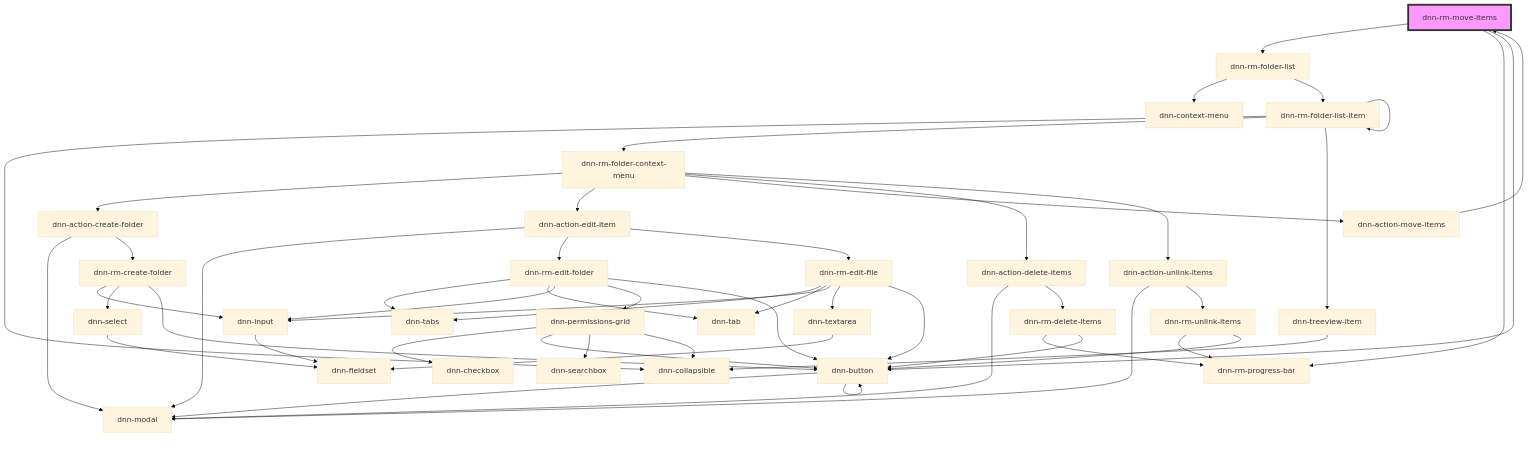
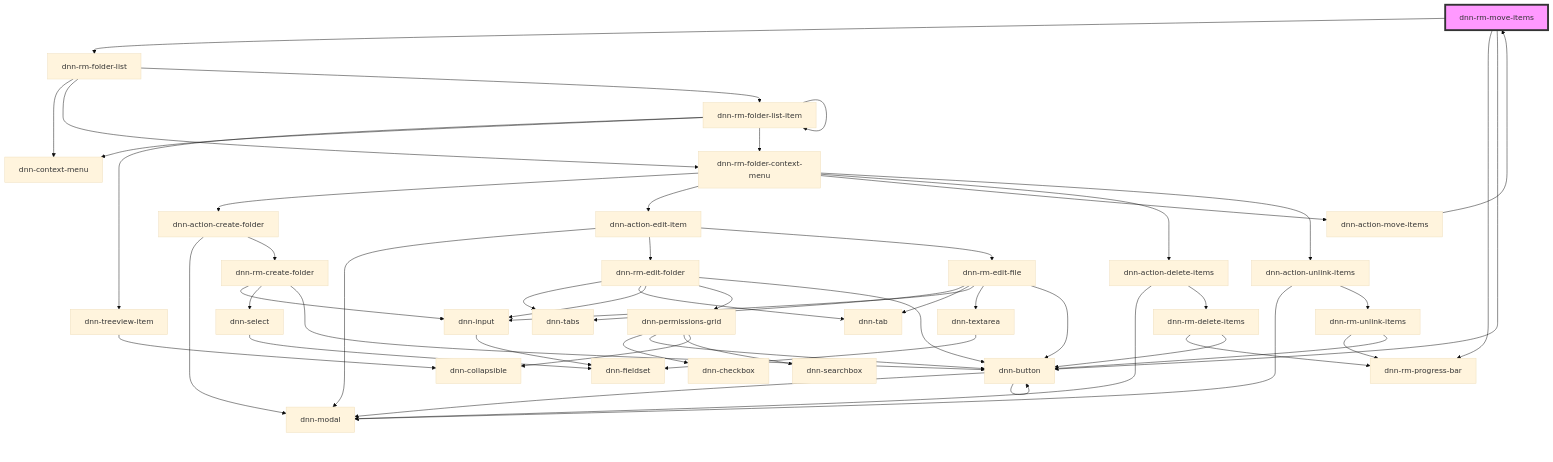
One commit to dnnsoftware/Dnn.Platform changed the diagram in DNN Platform/Modules/ResourceManager/ResourceManager.Web/src/components/dnn-rm-move-items/readme.md. Above: the diagram before and after it, drawn with Mermaid (base theme). The commit also changed 87 other files, not shown here.

````diff
--- a/DNN Platform/Modules/ResourceManager/ResourceManager.Web/src/components/dnn-rm-move-items/readme.md
+++ b/DNN Platform/Modules/ResourceManager/ResourceManager.Web/src/components/dnn-rm-move-items/readme.md
@@ -35,55 +35,56 @@
 ```mermaid
 graph TD;
   dnn-rm-move-items --> dnn-rm-folder-list
   dnn-rm-move-items --> dnn-rm-progress-bar
   dnn-rm-move-items --> dnn-button
   dnn-rm-folder-list --> dnn-context-menu
+  dnn-rm-folder-list --> dnn-rm-folder-context-menu
   dnn-rm-folder-list --> dnn-rm-folder-list-item
-  dnn-rm-folder-list-item --> dnn-collapsible
-  dnn-rm-folder-list-item --> dnn-rm-folder-context-menu
-  dnn-rm-folder-list-item --> dnn-treeview-item
-  dnn-rm-folder-list-item --> dnn-rm-folder-list-item
   dnn-rm-folder-context-menu --> dnn-action-create-folder
   dnn-rm-folder-context-menu --> dnn-action-edit-item
   dnn-rm-folder-context-menu --> dnn-action-move-items
   dnn-rm-folder-context-menu --> dnn-action-delete-items
   dnn-rm-folder-context-menu --> dnn-action-unlink-items
   dnn-action-create-folder --> dnn-modal
   dnn-action-create-folder --> dnn-rm-create-folder
   dnn-rm-create-folder --> dnn-input
   dnn-rm-create-folder --> dnn-select
   dnn-rm-create-folder --> dnn-button
   dnn-input --> dnn-fieldset
   dnn-select --> dnn-fieldset
   dnn-button --> dnn-modal
   dnn-button --> dnn-button
   dnn-action-edit-item --> dnn-modal
   dnn-action-edit-item --> dnn-rm-edit-folder
   dnn-action-edit-item --> dnn-rm-edit-file
   dnn-rm-edit-folder --> dnn-tabs
   dnn-rm-edit-folder --> dnn-tab
   dnn-rm-edit-folder --> dnn-input
   dnn-rm-edit-folder --> dnn-permissions-grid
   dnn-rm-edit-folder --> dnn-button
   dnn-permissions-grid --> dnn-checkbox
   dnn-permissions-grid --> dnn-button
   dnn-permissions-grid --> dnn-searchbox
   dnn-permissions-grid --> dnn-collapsible
   dnn-rm-edit-file --> dnn-tabs
   dnn-rm-edit-file --> dnn-tab
   dnn-rm-edit-file --> dnn-input
   dnn-rm-edit-file --> dnn-textarea
   dnn-rm-edit-file --> dnn-button
   dnn-textarea --> dnn-fieldset
   dnn-action-move-items --> dnn-rm-move-items
   dnn-action-delete-items --> dnn-modal
   dnn-action-delete-items --> dnn-rm-delete-items
   dnn-rm-delete-items --> dnn-rm-progress-bar
   dnn-rm-delete-items --> dnn-button
   dnn-action-unlink-items --> dnn-modal
   dnn-action-unlink-items --> dnn-rm-unlink-items
   dnn-rm-unlink-items --> dnn-rm-progress-bar
   dnn-rm-unlink-items --> dnn-button
+  dnn-rm-folder-list-item --> dnn-treeview-item
+  dnn-rm-folder-list-item --> dnn-context-menu
+  dnn-rm-folder-list-item --> dnn-rm-folder-context-menu
+  dnn-rm-folder-list-item --> dnn-rm-folder-list-item
   dnn-treeview-item --> dnn-collapsible
   style dnn-rm-move-items fill:#f9f,stroke:#333,stroke-width:4px
 ```
````
